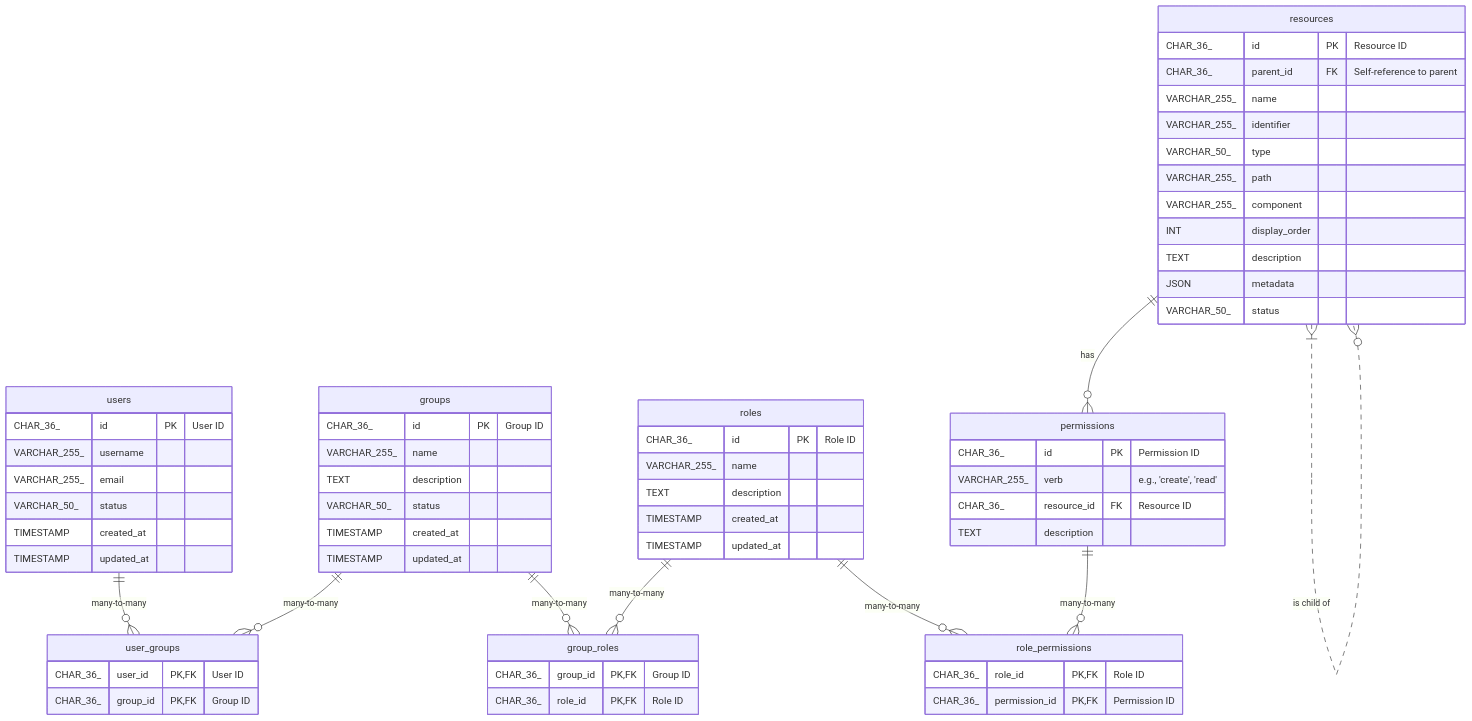
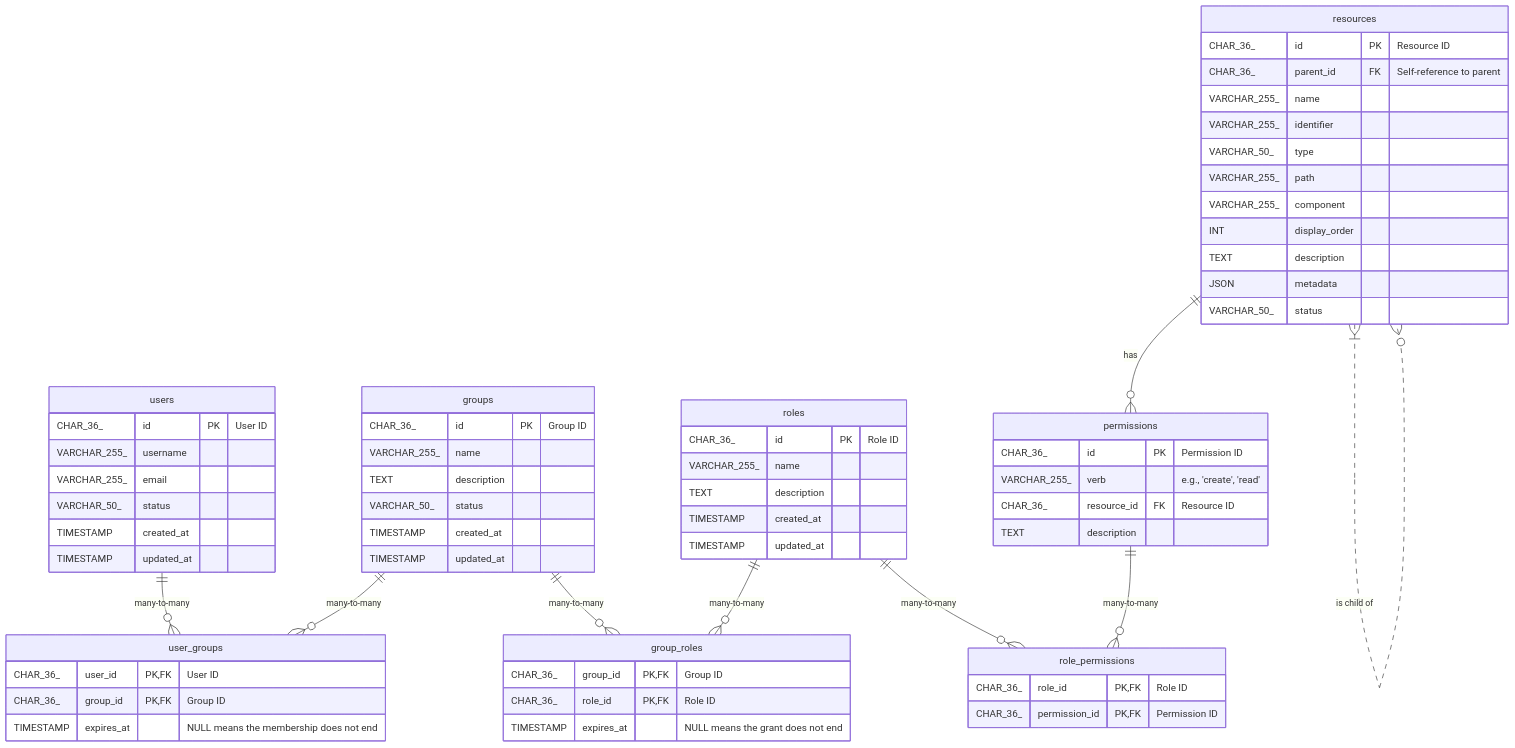
Before and after one commit to linzhengen/hub: the diagram in server/db/schema.md, drawn with Mermaid. The commit also changed 44 other files, not shown here.

````diff
--- a/server/db/schema.md
+++ b/server/db/schema.md
@@ -5,73 +5,75 @@
 ```mermaid
 erDiagram
     users {
         CHAR_36_ id PK "User ID"
         VARCHAR_255_ username
         VARCHAR_255_ email
         VARCHAR_50_ status
         TIMESTAMP created_at
         TIMESTAMP updated_at
     }
 
     groups {
         CHAR_36_ id PK "Group ID"
         VARCHAR_255_ name
         TEXT description
         VARCHAR_50_ status
         TIMESTAMP created_at
         TIMESTAMP updated_at
     }
 
     user_groups {
         CHAR_36_ user_id PK, FK "User ID"
         CHAR_36_ group_id PK, FK "Group ID"
+        TIMESTAMP expires_at "NULL means the membership does not end"
     }
 
     roles {
         CHAR_36_ id PK "Role ID"
         VARCHAR_255_ name
         TEXT description
         TIMESTAMP created_at
         TIMESTAMP updated_at
     }
 
     group_roles {
         CHAR_36_ group_id PK, FK "Group ID"
         CHAR_36_ role_id PK, FK "Role ID"
+        TIMESTAMP expires_at "NULL means the grant does not end"
     }
 
     resources {
         CHAR_36_ id PK "Resource ID"
         CHAR_36_ parent_id FK "Self-reference to parent"
         VARCHAR_255_ name
         VARCHAR_255_ identifier
         VARCHAR_50_ type
         VARCHAR_255_ path
         VARCHAR_255_ component
         INT display_order
         TEXT description
         JSON metadata
         VARCHAR_50_ status
     }
 
     permissions {
         CHAR_36_ id PK "Permission ID"
         VARCHAR_255_ verb "e.g., 'create', 'read'"
         CHAR_36_ resource_id FK "Resource ID"
         TEXT description
     }
 
     role_permissions {
         CHAR_36_ role_id PK, FK "Role ID"
         CHAR_36_ permission_id PK, FK "Permission ID"
     }
 
     users           ||--o{ user_groups      : "many-to-many"
     groups          ||--o{ user_groups      : "many-to-many"
     groups          ||--o{ group_roles      : "many-to-many"
     roles           ||--o{ group_roles      : "many-to-many"
     roles           ||--o{ role_permissions : "many-to-many"
     permissions     ||--o{ role_permissions : "many-to-many"
     resources       ||--o{ permissions      : "has"
     resources       }|..o{ resources        : "is child of"
 ```
````
